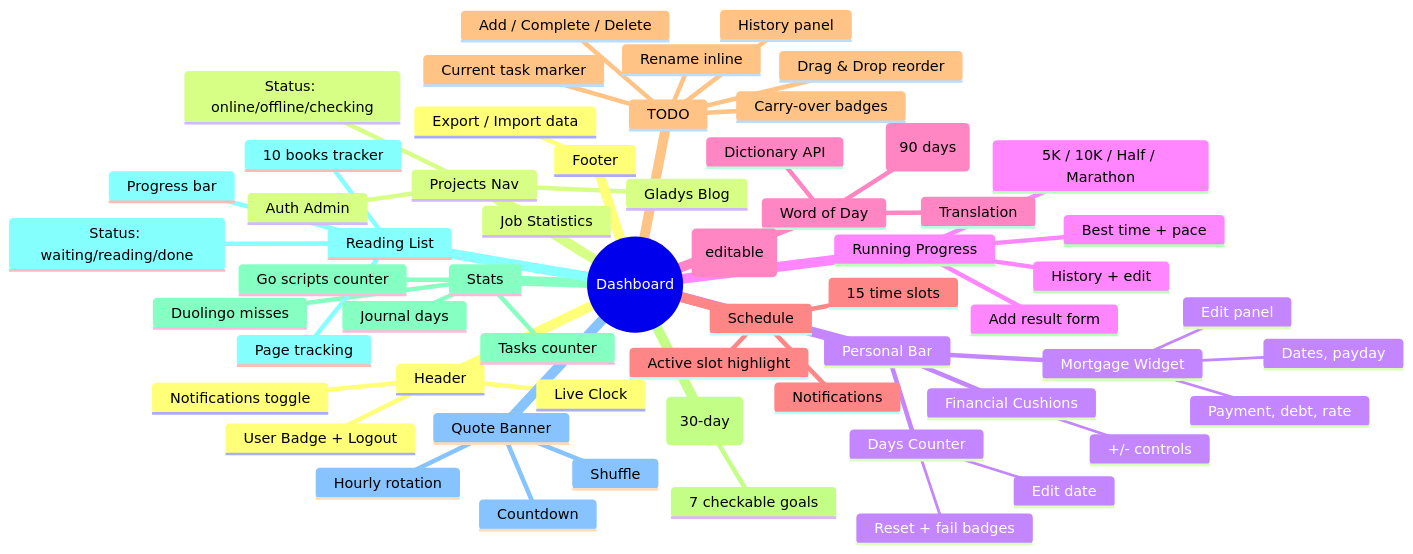
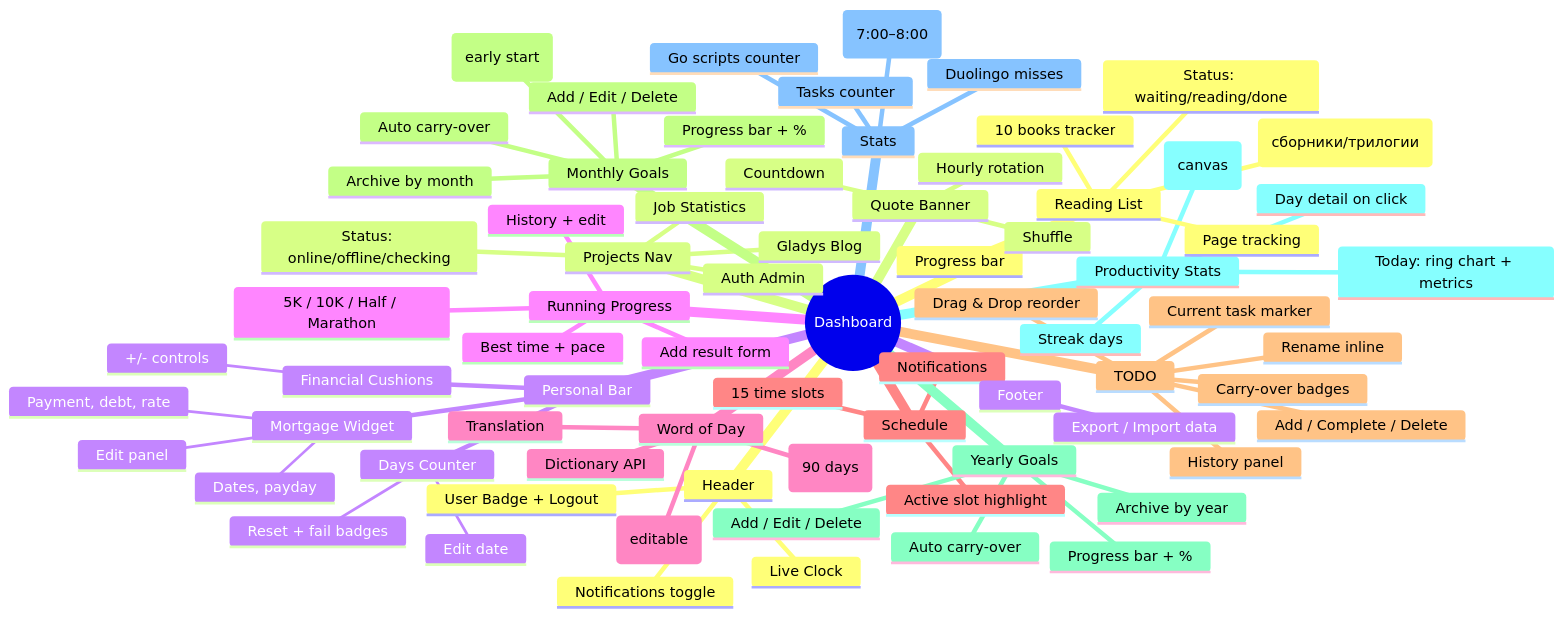
Before and after one commit to Finc8888/Dashboard: the sixth of 13 diagrams in ARCHITECTURE.md, drawn with Mermaid. The commit also changed other lines of this file and 8 other files, not shown here.

Commit message:
Add Early start tracking, update docs and set 10 task for day

````diff
--- a/ARCHITECTURE.md
+++ b/ARCHITECTURE.md
@@ -236,62 +236,77 @@
 ```mermaid
 mindmap
   root((Dashboard))
     Header
       Notifications toggle
       Live Clock
       User Badge + Logout
     Projects Nav
       Auth Admin
       Gladys Blog
       Job Statistics
       Status: online/offline/checking
     Personal Bar
       Days Counter
         Edit date
         Reset + fail badges
       Financial Cushions
         +/- controls
       Mortgage Widget
         Payment, debt, rate
         Dates, payday
         Edit panel
     Running Progress
       5K / 10K / Half / Marathon
       Best time + pace
       History + edit
       Add result form
     Word of Day
       Dictionary API
       Translation
       Examples (editable)
       Archive (90 days)
     Schedule
       15 time slots
       Active slot highlight
       Notifications
     TODO
       Add / Complete / Delete
       Drag & Drop reorder
       Rename inline
       Current task marker
       Carry-over badges
       History panel
-    Goals (30-day)
-      7 checkable goals
+    Monthly Goals
+      Add / Edit / Delete
+      Auto carry-over
+      Recurring goals (early start)
+      Progress bar + %
+      Archive by month
+    Yearly Goals
+      Add / Edit / Delete
+      Auto carry-over
+      Progress bar + %
+      Archive by year
+    Productivity Stats
+      Today: ring chart + metrics
+      Streak days
+      Week/Month/Year chart (canvas)
+      Day detail on click
     Stats
       Go scripts counter
       Tasks counter
       Duolingo misses
-      Journal days
+      Early Start tracker (7:00–8:00)
     Reading List
       10 books tracker
       Status: waiting/reading/done
       Page tracking
       Progress bar
+      Expandable sub-items (сборники/трилогии)
     Quote Banner
       Hourly rotation
       Shuffle
       Countdown
     Footer
       Export / Import data
 ```
````
